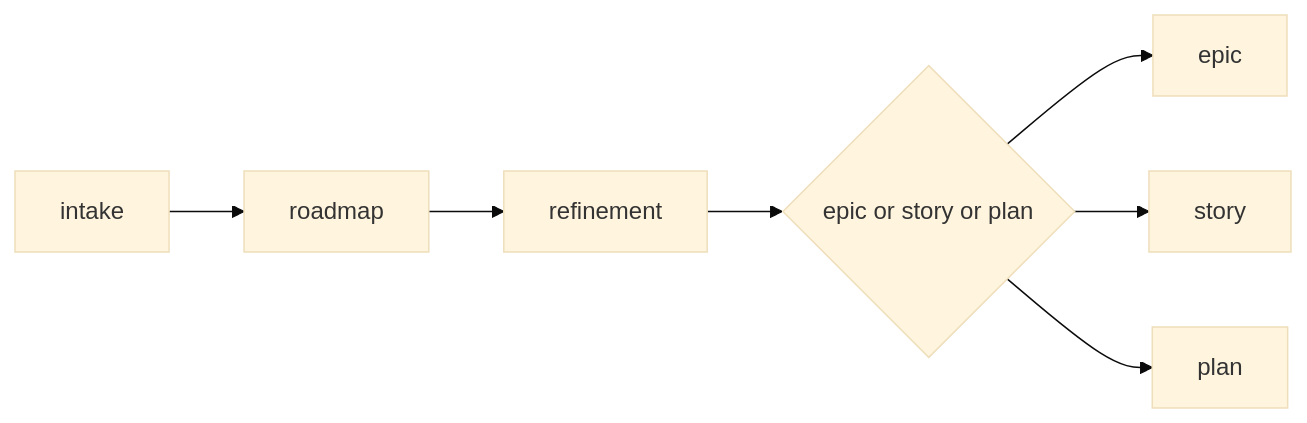
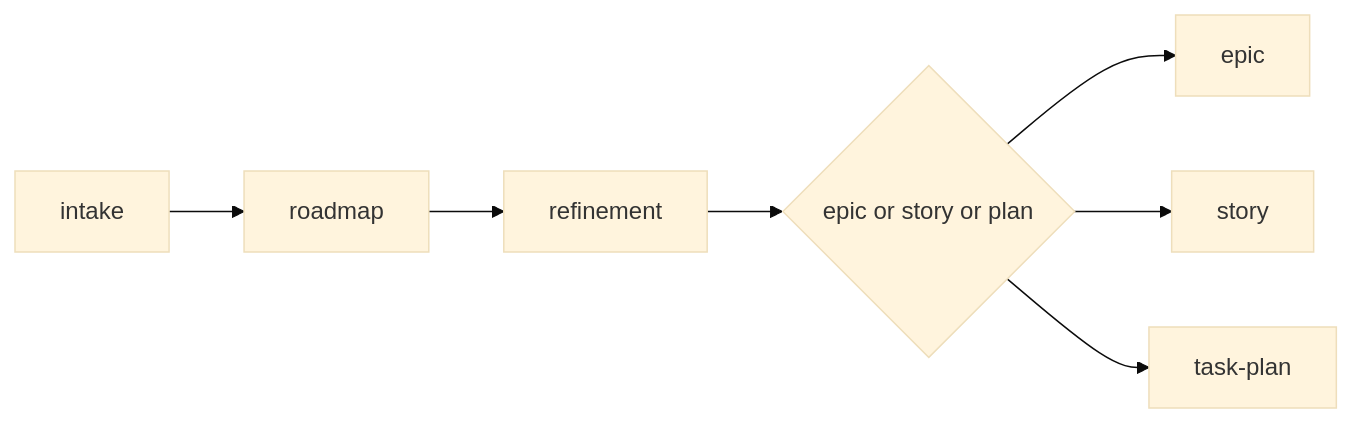
One commit to djalmajr/essential-skills changed the diagram in skills/agile-refinement/SKILL.md. Above: the diagram before and after it, drawn with Mermaid (base theme). The commit also changed other lines of this file and 29 other files, not shown here.

First line of the commit message:
Rename agile-plan to agile-task-plan, remove all sizing codes

````diff
--- a/skills/agile-refinement/SKILL.md
+++ b/skills/agile-refinement/SKILL.md
@@ -122,9 +122,9 @@
 ```mermaid
 flowchart LR
     A[intake] --> B[roadmap]
     B --> C[refinement]
     C --> D{epic or story or plan}
     D --> E[epic]
     D --> F[story]
-    D --> G[plan]
+    D --> G["task-plan"]
 ```
````
